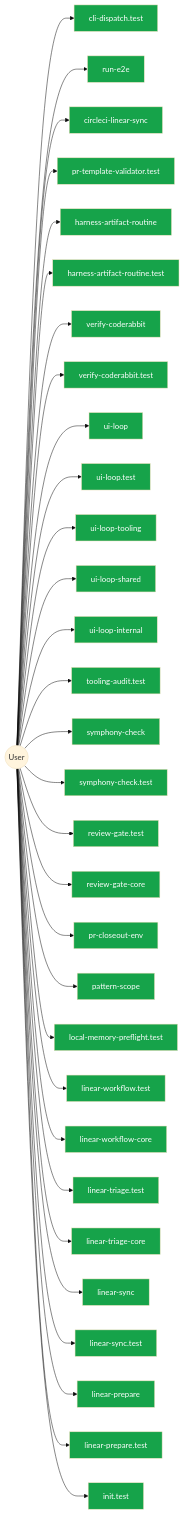
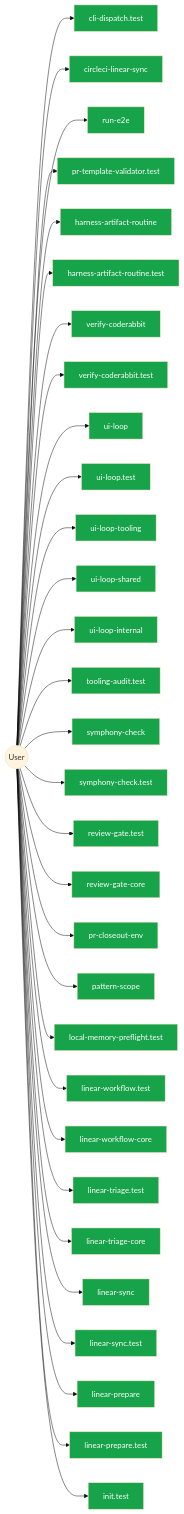
Diagram 14 of 14 in AI/context/diagram-context.md (jscraik/coding-harness), drawn with Mermaid (base theme) before and after one commit. The commit also changed other lines of this file, not shown here.

Commit message:
docs(architecture): refresh diagram context

````diff
--- a/AI/context/diagram-context.md
+++ b/AI/context/diagram-context.md
@@ -2204,67 +2215,67 @@
 ```mermaid
 flowchart LR
   User(("User"))
   cli_dispatch_test_54c9f17b["cli-dispatch.test"]
   User --> cli_dispatch_test_54c9f17b
+  circleci_linear_sync_19c0d6da["circleci-linear-sync"]
+  User --> circleci_linear_sync_19c0d6da
   run_e2e_39efe696["run-e2e"]
   User --> run_e2e_39efe696
-  circleci_linear_sync_19c0d6da["circleci-linear-sync"]
-  User --> circleci_linear_sync_19c0d6da
   pr_template_validator_test_569b1cef["pr-template-validator.test"]
   User --> pr_template_validator_test_569b1cef
   harness_artifact_routine_17afacff["harness-artifact-routine"]
   User --> harness_artifact_routine_17afacff
   harness_artifact_routine_test_299f387d["harness-artifact-routine.test"]
   User --> harness_artifact_routine_test_299f387d
   verify_coderabbit_490b4e71["verify-coderabbit"]
   User --> verify_coderabbit_490b4e71
   verify_coderabbit_test_46cfcf29["verify-coderabbit.test"]
   User --> verify_coderabbit_test_46cfcf29
   ui_loop_11660889["ui-loop"]
   User --> ui_loop_11660889
   ui_loop_test_f0eabc42["ui-loop.test"]
   User --> ui_loop_test_f0eabc42
   ui_loop_tooling_12b2d2c7["ui-loop-tooling"]
   User --> ui_loop_tooling_12b2d2c7
   ui_loop_shared_8c83b841["ui-loop-shared"]
   User --> ui_loop_shared_8c83b841
   ui_loop_internal_f2eb8892["ui-loop-internal"]
   User --> ui_loop_internal_f2eb8892
   tooling_audit_test_d2aee28c["tooling-audit.test"]
   User --> tooling_audit_test_d2aee28c
   symphony_check_e97f2ea0["symphony-check"]
   User --> symphony_check_e97f2ea0
   symphony_check_test_6cb33eb2["symphony-check.test"]
   User --> symphony_check_test_6cb33eb2
   review_gate_test_000e2ed6["review-gate.test"]
   User --> review_gate_test_000e2ed6
   review_gate_core_4c8001f9["review-gate-core"]
   User --> review_gate_core_4c8001f9
   pr_closeout_env_9bfcd9ef["pr-closeout-env"]
   User --> pr_closeout_env_9bfcd9ef
   pattern_scope_61ff946d["pattern-scope"]
   User --> pattern_scope_61ff946d
   local_memory_preflight_test_5e323bbf["local-memory-preflight.test"]
   User --> local_memory_preflight_test_5e323bbf
   linear_workflow_test_a351dcb0["linear-workflow.test"]
   User --> linear_workflow_test_a351dcb0
   linear_workflow_core_0e19cff4["linear-workflow-core"]
   User --> linear_workflow_core_0e19cff4
   linear_triage_test_1b75a8b8["linear-triage.test"]
   User --> linear_triage_test_1b75a8b8
   linear_triage_core_7cbca73e["linear-triage-core"]
   User --> linear_triage_core_7cbca73e
   linear_sync_a2fa2bf7["linear-sync"]
   User --> linear_sync_a2fa2bf7
   linear_sync_test_da1e1eab["linear-sync.test"]
   User --> linear_sync_test_da1e1eab
   linear_prepare_0c613ba6["linear-prepare"]
   User --> linear_prepare_0c613ba6
   linear_prepare_test_678f11a9["linear-prepare.test"]
   User --> linear_prepare_test_678f11a9
   init_test_cbba76a6["init.test"]
   User --> init_test_cbba76a6
   classDef userNode fill:#16a34a,color:#fff
-  class cli_dispatch_test_54c9f17b,run_e2e_39efe696,circleci_linear_sync_19c0d6da,pr_template_validator_test_569b1cef,harness_artifact_routine_17afacff,harness_artifact_routine_test_299f387d,verify_coderabbit_490b4e71,verify_coderabbit_test_46cfcf29,ui_loop_11660889,ui_loop_test_f0eabc42,ui_loop_tooling_12b2d2c7,ui_loop_shared_8c83b841,ui_loop_internal_f2eb8892,tooling_audit_test_d2aee28c,symphony_check_e97f2ea0,symphony_check_test_6cb33eb2,review_gate_test_000e2ed6,review_gate_core_4c8001f9,pr_closeout_env_9bfcd9ef,pattern_scope_61ff946d,local_memory_preflight_test_5e323bbf,linear_workflow_test_a351dcb0,linear_workflow_core_0e19cff4,linear_triage_test_1b75a8b8,linear_triage_core_7cbca73e,linear_sync_a2fa2bf7,linear_sync_test_da1e1eab,linear_prepare_0c613ba6,linear_prepare_test_678f11a9,init_test_cbba76a6 userNode
+  class cli_dispatch_test_54c9f17b,circleci_linear_sync_19c0d6da,run_e2e_39efe696,pr_template_validator_test_569b1cef,harness_artifact_routine_17afacff,harness_artifact_routine_test_299f387d,verify_coderabbit_490b4e71,verify_coderabbit_test_46cfcf29,ui_loop_11660889,ui_loop_test_f0eabc42,ui_loop_tooling_12b2d2c7,ui_loop_shared_8c83b841,ui_loop_internal_f2eb8892,tooling_audit_test_d2aee28c,symphony_check_e97f2ea0,symphony_check_test_6cb33eb2,review_gate_test_000e2ed6,review_gate_core_4c8001f9,pr_closeout_env_9bfcd9ef,pattern_scope_61ff946d,local_memory_preflight_test_5e323bbf,linear_workflow_test_a351dcb0,linear_workflow_core_0e19cff4,linear_triage_test_1b75a8b8,linear_triage_core_7cbca73e,linear_sync_a2fa2bf7,linear_sync_test_da1e1eab,linear_prepare_0c613ba6,linear_prepare_test_678f11a9,init_test_cbba76a6 userNode
 
 ```
````
